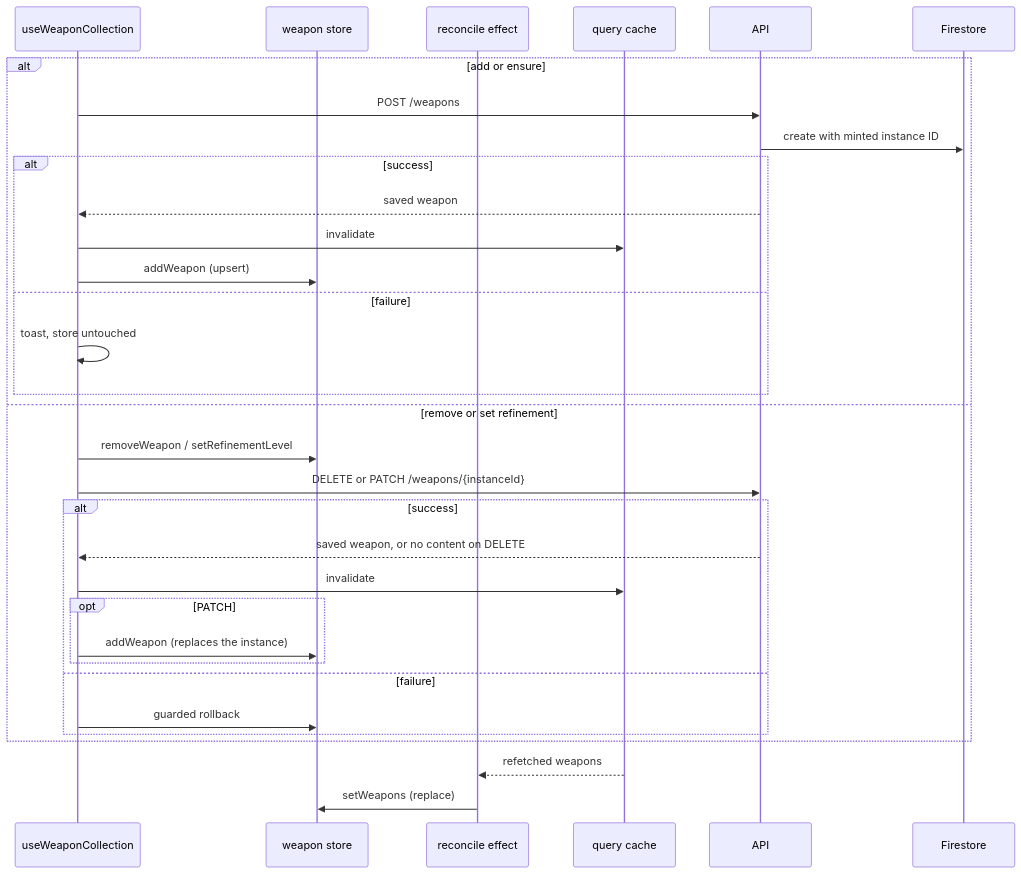
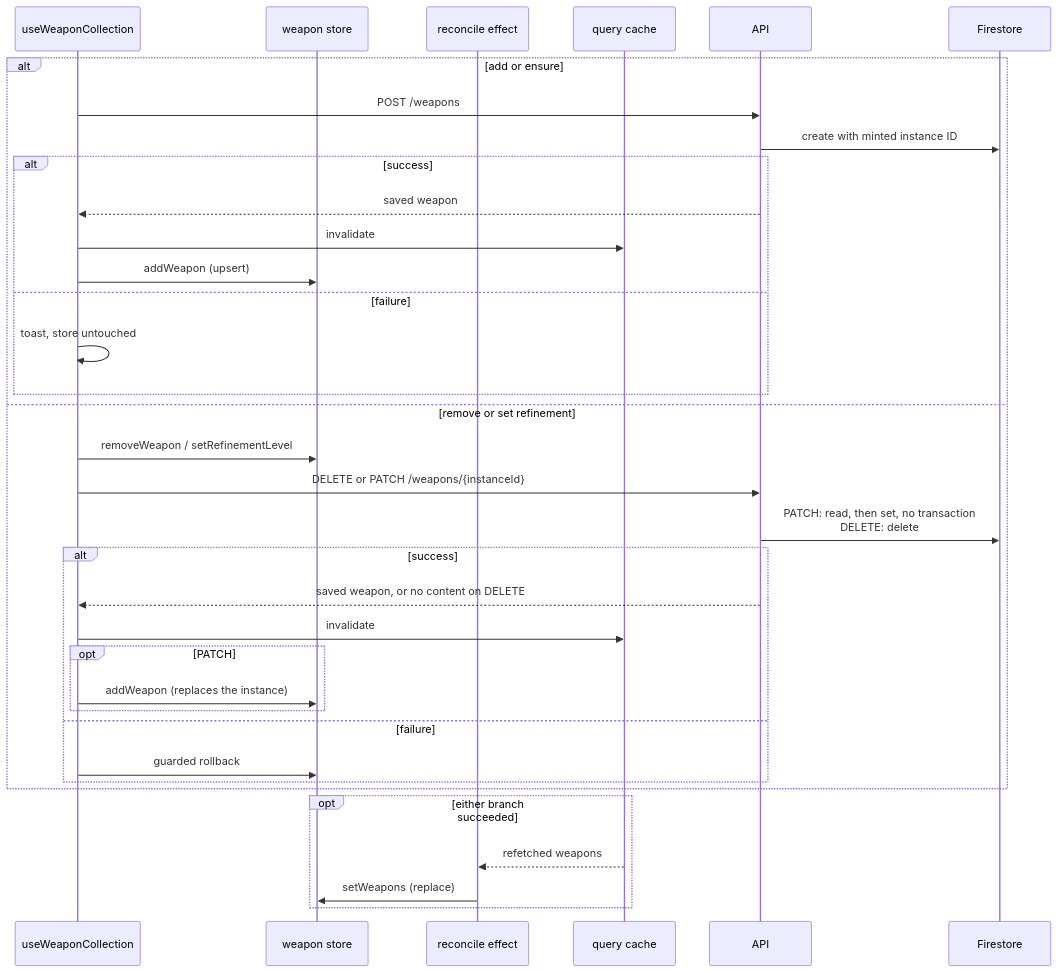
One commit to dungeon-studio/genshin.dungeon.studio changed the second of 4 diagrams in docs/reference/data-flow-write-paths.md. Above: the diagram before and after it, drawn with Mermaid. The commit also changed other lines of this file and 2 other files, not shown here.

First line of the commit message:
docs: correct data flow claims from a source fact check

````diff
--- a/docs/reference/data-flow-write-paths.md
+++ b/docs/reference/data-flow-write-paths.md
@@ -76,35 +80,38 @@
 ```mermaid
 sequenceDiagram
   participant Hook as useWeaponCollection
   participant Store as weapon store
   participant Reconcile as reconcile effect
   participant Cache as query cache
   participant API as API
   participant FS as Firestore
 
   alt add or ensure
     Hook->>API: POST /weapons
     API->>FS: create with minted instance ID
     alt success
       API-->>Hook: saved weapon
       Hook->>Cache: invalidate
       Hook->>Store: addWeapon (upsert)
     else failure
       Hook->>Hook: toast, store untouched
     end
   else remove or set refinement
     Hook->>Store: removeWeapon / setRefinementLevel
     Hook->>API: DELETE or PATCH /weapons/{instanceId}
+    API->>FS: PATCH: read, then set, no transaction<br>DELETE: delete
     alt success
       API-->>Hook: saved weapon, or no content on DELETE
       Hook->>Cache: invalidate
       opt PATCH
         Hook->>Store: addWeapon (replaces the instance)
       end
     else failure
       Hook->>Store: guarded rollback
     end
   end
-  Cache-->>Reconcile: refetched weapons
-  Reconcile->>Store: setWeapons (replace)
+  opt either branch succeeded
+    Cache-->>Reconcile: refetched weapons
+    Reconcile->>Store: setWeapons (replace)
+  end
 ```
````
